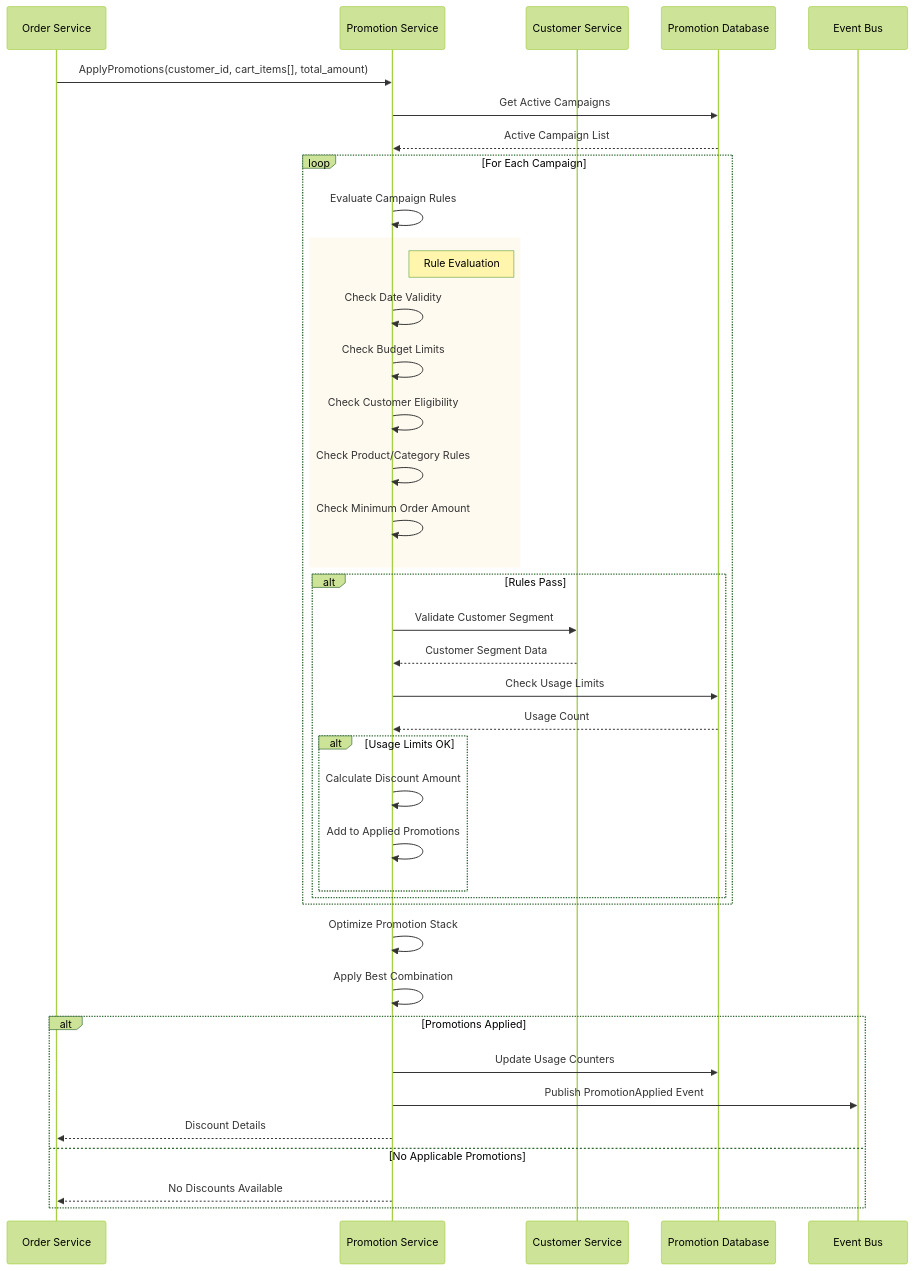
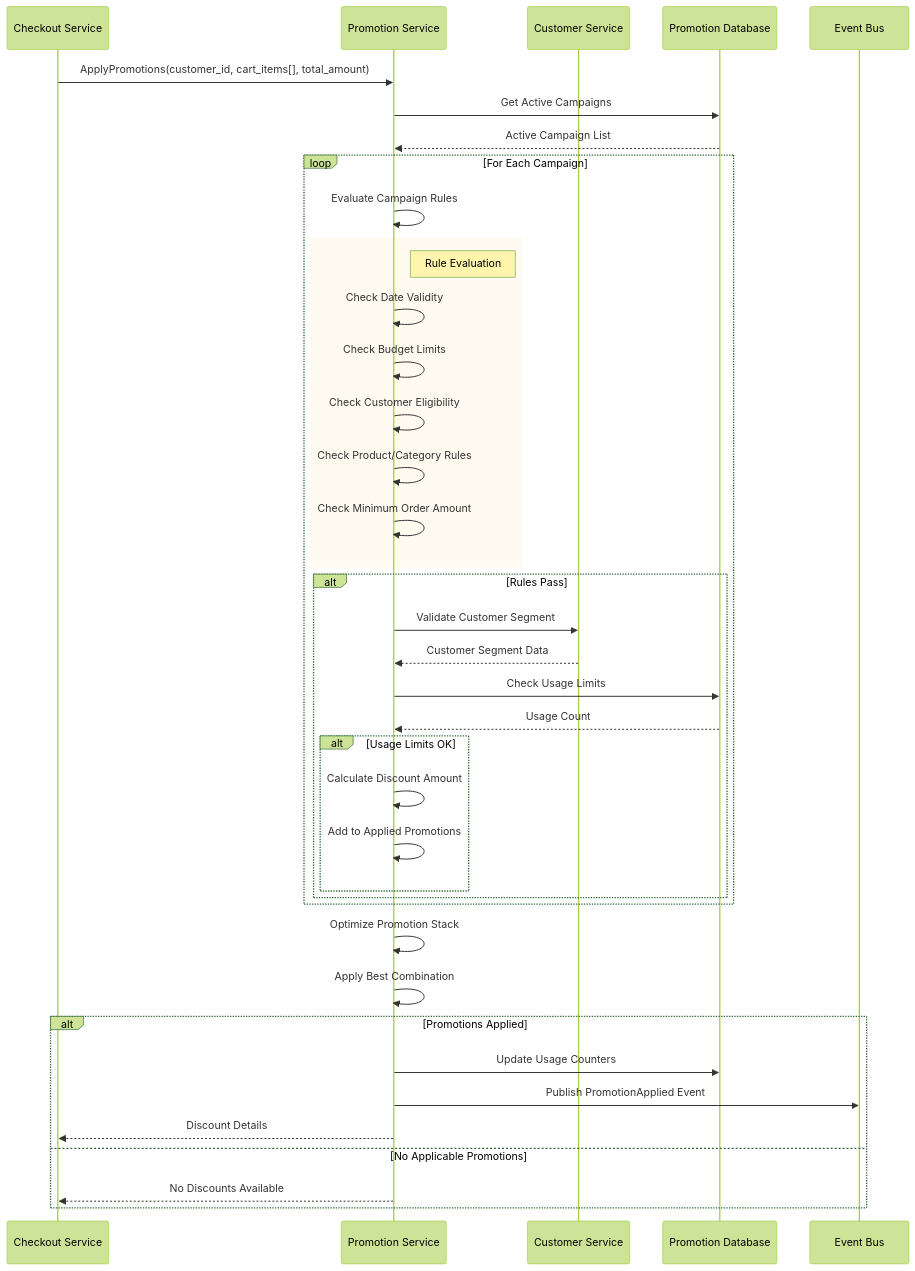
One commit to vesviet/Composable-Commerce-Service-Architecture changed the seventh of 9 diagrams in 02-business-domains/commerce/order-management.md. Above: the diagram before and after it, drawn with Mermaid (forest theme). The commit also changed other lines of this file and 5 other files, not shown here.

````diff
--- a/02-business-domains/commerce/order-management.md
+++ b/02-business-domains/commerce/order-management.md
@@ -239,50 +357,50 @@
 ```mermaid
 sequenceDiagram
-    participant O as Order Service
+    participant CS as Checkout Service
     participant PR as Promotion Service
-    participant CS as Customer Service
+    participant CUS as Customer Service
     participant PRDB as Promotion Database
     participant E as Event Bus
     
-    O->>PR: ApplyPromotions(customer_id, cart_items[], total_amount)
+    CS->>PR: ApplyPromotions(customer_id, cart_items[], total_amount)
     
     PR->>PRDB: Get Active Campaigns
     PRDB-->>PR: Active Campaign List
     
     loop For Each Campaign
         PR->>PR: Evaluate Campaign Rules
         
         rect rgb(255, 250, 240)
         note right of PR: Rule Evaluation
         PR->>PR: Check Date Validity
         PR->>PR: Check Budget Limits
         PR->>PR: Check Customer Eligibility
         PR->>PR: Check Product/Category Rules
         PR->>PR: Check Minimum Order Amount
         end
         
         alt Rules Pass
-            PR->>CS: Validate Customer Segment
-            CS-->>PR: Customer Segment Data
+            PR->>CUS: Validate Customer Segment
+            CUS-->>PR: Customer Segment Data
             
             PR->>PRDB: Check Usage Limits
             PRDB-->>PR: Usage Count
             
             alt Usage Limits OK
                 PR->>PR: Calculate Discount Amount
                 PR->>PR: Add to Applied Promotions
             end
         end
     end
     
     PR->>PR: Optimize Promotion Stack
     PR->>PR: Apply Best Combination
     
     alt Promotions Applied
         PR->>PRDB: Update Usage Counters
         PR->>E: Publish PromotionApplied Event
-        PR-->>O: Discount Details
+        PR-->>CS: Discount Details
     else No Applicable Promotions
-        PR-->>O: No Discounts Available
+        PR-->>CS: No Discounts Available
     end
 ```
````
